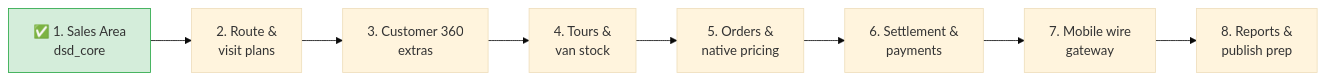
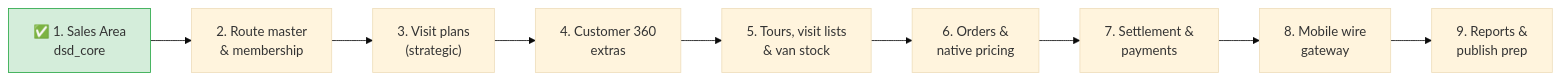
The second of 2 diagrams in docs/dsd-architecture.md (omidcsh/odoo-dsd), drawn with Mermaid (base theme) before and after one commit. The commit also changed 1 other file, not shown here.

Commit message:
docs(issues): draft step-3 dev task (visit plans, strategic layer) + sync roadmap diagram

````diff
--- a/docs/dsd-architecture.md
+++ b/docs/dsd-architecture.md
@@ -42,13 +42,14 @@
 ```mermaid
 flowchart LR
     S1["✅ 1. Sales Area<br/>dsd_core"]
-    S2["2. Route &<br/>visit plans"]
-    S3["3. Customer 360<br/>extras"]
-    S4["4. Tours &<br/>van stock"]
-    S5["5. Orders &<br/>native pricing"]
-    S6["6. Settlement &<br/>payments"]
-    S7["7. Mobile wire<br/>gateway"]
-    S8["8. Reports &<br/>publish prep"]
-    S1 --> S2 --> S3 --> S4 --> S5 --> S6 --> S7 --> S8
+    S2["2. Route master<br/>& membership"]
+    S3["3. Visit plans<br/>(strategic)"]
+    S4["4. Customer 360<br/>extras"]
+    S5["5. Tours, visit lists<br/>& van stock"]
+    S6["6. Orders &<br/>native pricing"]
+    S7["7. Settlement &<br/>payments"]
+    S8["8. Mobile wire<br/>gateway"]
+    S9["9. Reports &<br/>publish prep"]
+    S1 --> S2 --> S3 --> S4 --> S5 --> S6 --> S7 --> S8 --> S9
     style S1 fill:#d4edda,stroke:#28a745
 ```
````
